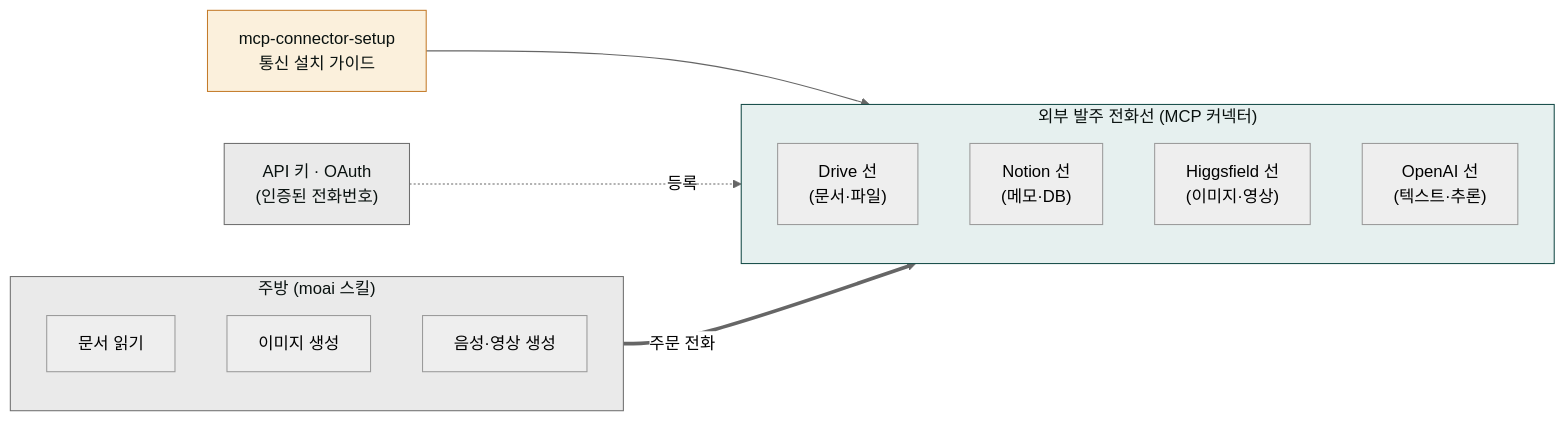
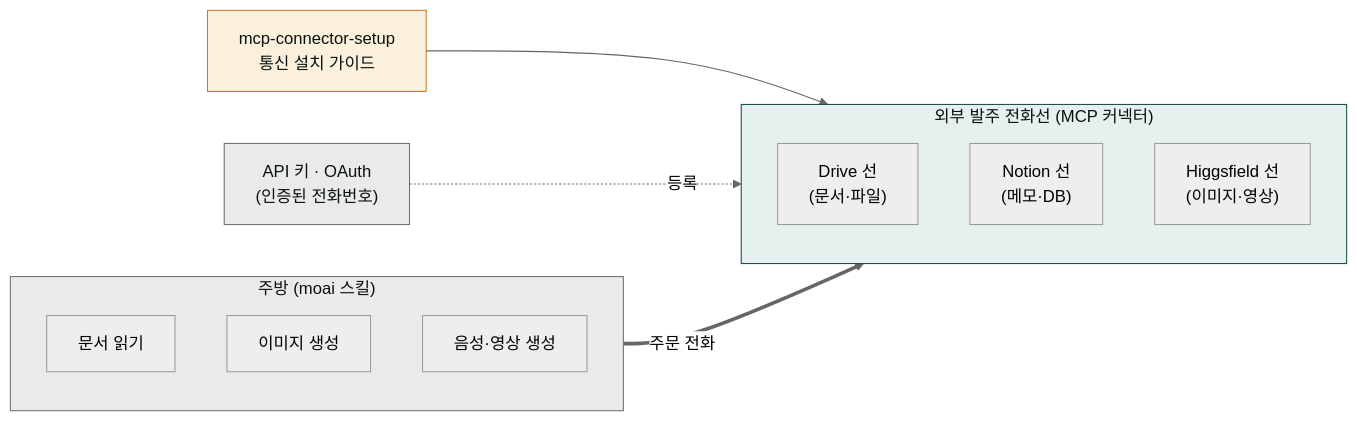
The fifth of 5 diagrams in content/plugins/moai-core.md (modu-ai/claude), drawn with Mermaid (neutral theme) before and after one commit. The commit also changed other lines of this file and 84 other files, not shown here.

First line of the commit message:
docs(docs-site): drawio → mermaid 전환 + 카운트 정정 + drawio 잔재 제거 (v2.23.0)

````diff
--- a/content/plugins/moai-core.md
+++ b/content/plugins/moai-core.md
@@ -210,28 +256,27 @@
 ```mermaid
 flowchart LR
     subgraph Kitchen["주방 (moai 스킬)"]
         K1["문서 읽기"]
         K2["이미지 생성"]
         K3["음성·영상 생성"]
     end
 
     Setup["mcp-connector-setup<br/>통신 설치 가이드"]
 
     subgraph Lines["외부 발주 전화선 (MCP 커넥터)"]
         L1["Drive 선<br/>(문서·파일)"]
         L2["Notion 선<br/>(메모·DB)"]
         L3["Higgsfield 선<br/>(이미지·영상)"]
-        L4["OpenAI 선<br/>(텍스트·추론)"]
     end
 
     Keys["API 키 · OAuth<br/>(인증된 전화번호)"]
 
     Setup --> Lines
     Keys -. 등록 .-> Lines
     Kitchen ==>|주문 전화| Lines
 
     style Kitchen fill:#eaeaea,stroke:#6e6e6e,color:#09110f
     style Setup fill:#fbf0dc,stroke:#c47b2a,color:#09110f
     style Lines fill:#e6f0ef,stroke:#144a46,color:#09110f
     style Keys fill:#eaeaea,stroke:#6e6e6e,color:#09110f
 ```
````
